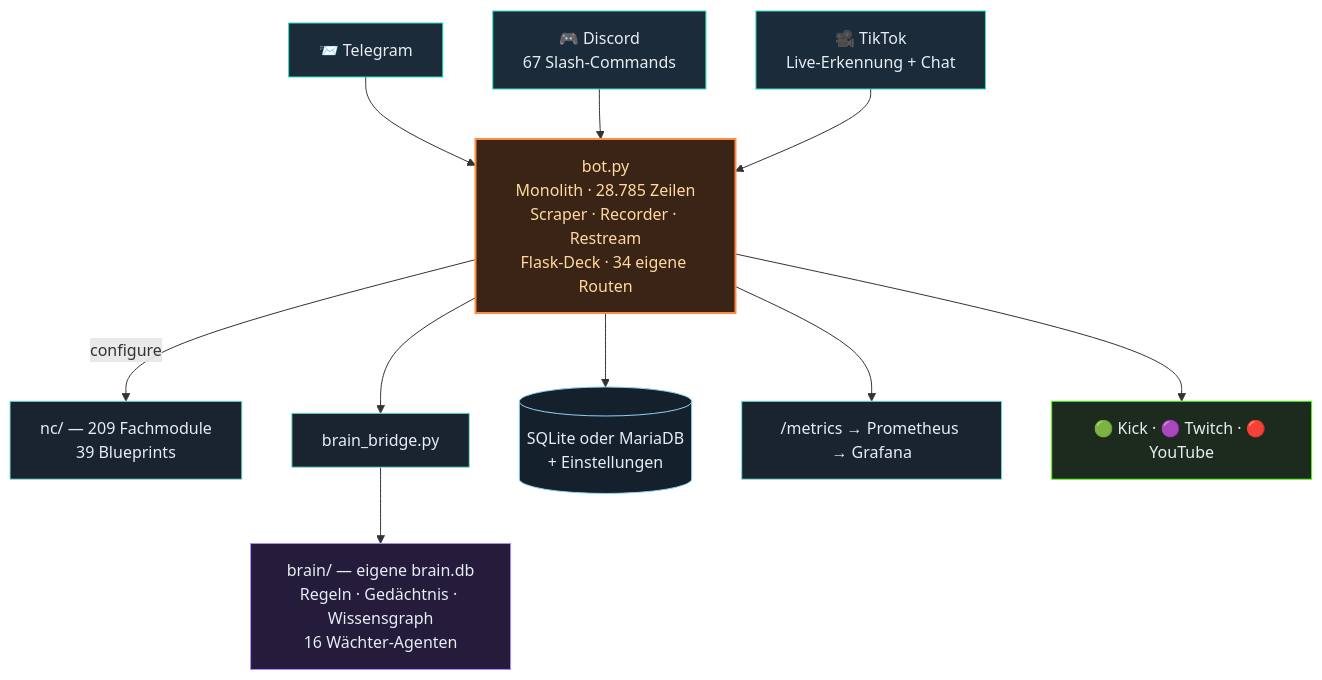
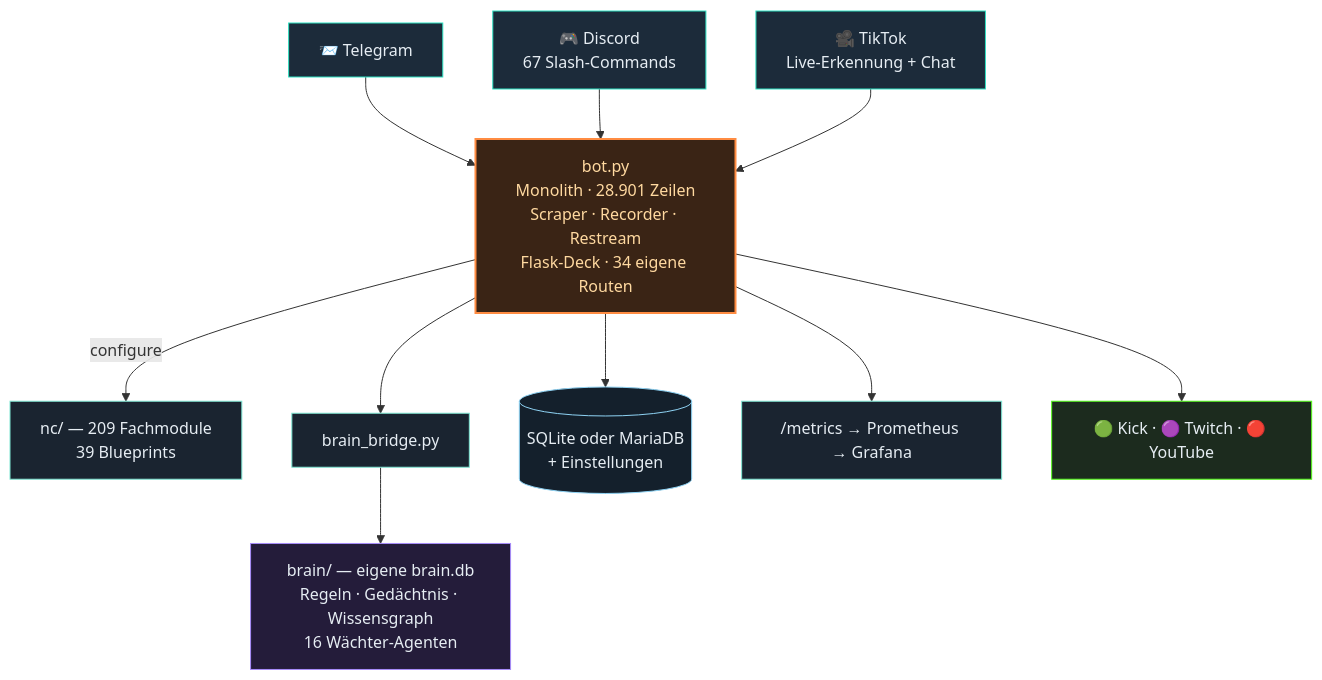
One commit to itsamemedev/Telegram-Stream-Info-Bot changed the second of 3 diagrams in README.md. Above: the diagram before and after it, drawn with Mermaid. The commit also changed other lines of this file and 9 other files, not shown here.

````diff
--- a/README.md
+++ b/README.md
@@ -118,19 +118,19 @@
 ```mermaid
 flowchart TB
     TG["📨 Telegram"]:::ein --> BOT
     DC["🎮 Discord<br/>67 Slash-Commands"]:::ein --> BOT
     TT["🎥 TikTok<br/>Live-Erkennung + Chat"]:::ein --> BOT
-    BOT["bot.py<br/>Monolith · 28.785 Zeilen<br/>Scraper · Recorder · Restream<br/>Flask-Deck · 34 eigene Routen"]:::core
+    BOT["bot.py<br/>Monolith · 28.901 Zeilen<br/>Scraper · Recorder · Restream<br/>Flask-Deck · 34 eigene Routen"]:::core
     BOT -->|configure| NC["nc/ — 209 Fachmodule<br/>39 Blueprints"]:::lib
     BOT --> BR["brain_bridge.py"]:::lib
     BR --> BRAIN["brain/ — eigene brain.db<br/>Regeln · Gedächtnis · Wissensgraph<br/>16 Wächter-Agenten"]:::brain
     BOT --> DB[("SQLite oder MariaDB<br/>+ Einstellungen")]:::db
     BOT --> PROM["/metrics → Prometheus → Grafana"]:::lib
     BOT --> OUT["🟢 Kick · 🟣 Twitch · 🔴 YouTube"]:::out
     classDef ein fill:#1c2b3a,stroke:#2de1c2,color:#e6edf3
     classDef core fill:#3a2415,stroke:#ff8c42,stroke-width:2px,color:#ffd9a0
     classDef lib fill:#1a2430,stroke:#7fe7d4,color:#e6edf3
     classDef brain fill:#241c3a,stroke:#a78bfa,color:#e6edf3
     classDef db fill:#14202c,stroke:#8fd3f4,color:#e6edf3
     classDef out fill:#1c2b1e,stroke:#53fc18,color:#e6edf3
 ```
````
